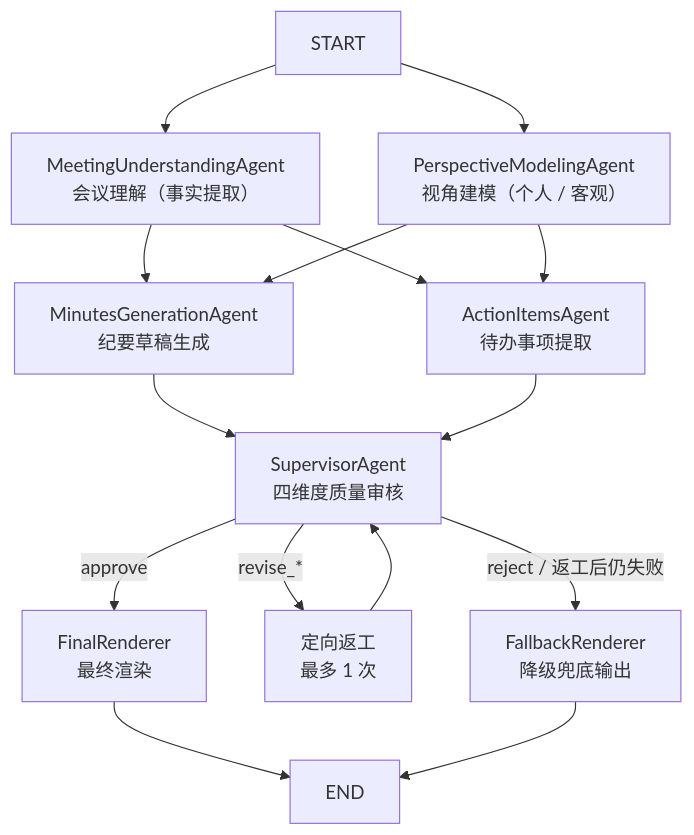
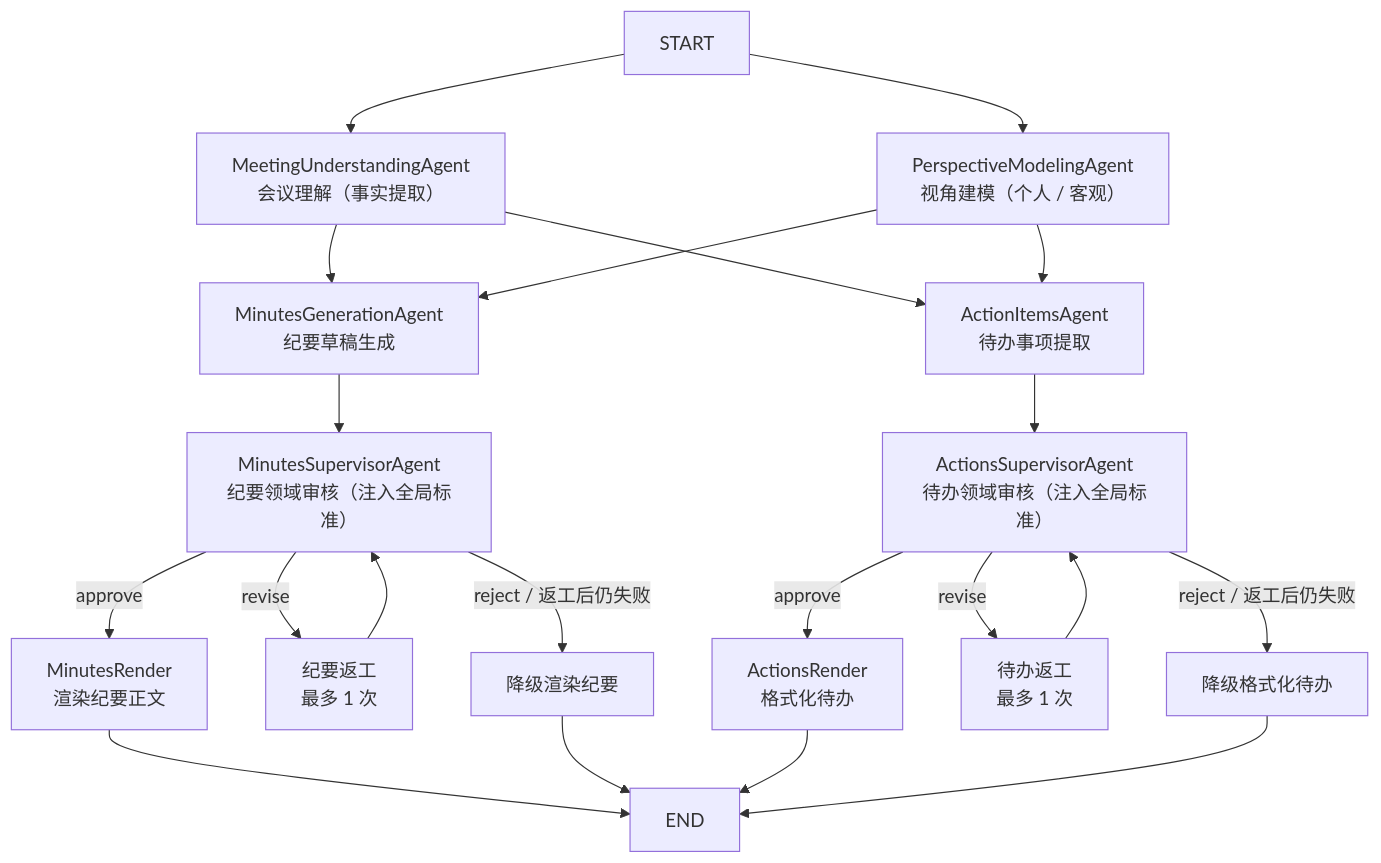
Before and after one commit to ohhhhh-hyf/AgentFlow: the diagram in README.md, drawn with Mermaid. The commit also changed other lines of this file and 68 other files, not shown here.

````diff
--- a/README.md
+++ b/README.md
@@ -248,21 +279,29 @@
 ```mermaid
 flowchart TD
     START --> MU["MeetingUnderstandingAgent<br/>会议理解（事实提取）"]
     START --> PM["PerspectiveModelingAgent<br/>视角建模（个人 / 客观）"]
 
     MU --> MG["MinutesGenerationAgent<br/>纪要草稿生成"]
     PM --> MG
 
     MU --> AI["ActionItemsAgent<br/>待办事项提取"]
     PM --> AI
 
-    MG --> SV["SupervisorAgent<br/>四维度质量审核"]
-    AI --> SV
+    MG --> MSV["MinutesSupervisorAgent<br/>纪要领域审核（注入全局标准）"]
+    AI --> ASV["ActionsSupervisorAgent<br/>待办领域审核（注入全局标准）"]
 
-    SV -->|approve| FR["FinalRenderer<br/>最终渲染"]
-    SV -->|revise_*| RV["定向返工<br/>最多 1 次"]
-    RV --> SV
-    SV -->|reject / 返工后仍失败| FALLBACK["FallbackRenderer<br/>降级兜底输出"]
-    FR --> END
-    FALLBACK --> END
+    MSV -->|approve| MR["MinutesRender<br/>渲染纪要正文"]
+    MSV -->|revise| MRV["纪要返工<br/>最多 1 次"]
+    MRV --> MSV
+    MSV -->|reject / 返工后仍失败| MF["降级渲染纪要"]
+
+    ASV -->|approve| AR["ActionsRender<br/>格式化待办"]
+    ASV -->|revise| ARV["待办返工<br/>最多 1 次"]
+    ARV --> ASV
+    ASV -->|reject / 返工后仍失败| AF["降级格式化待办"]
+
+    MR --> END
+    MF --> END
+    AR --> END
+    AF --> END
 ```
````
